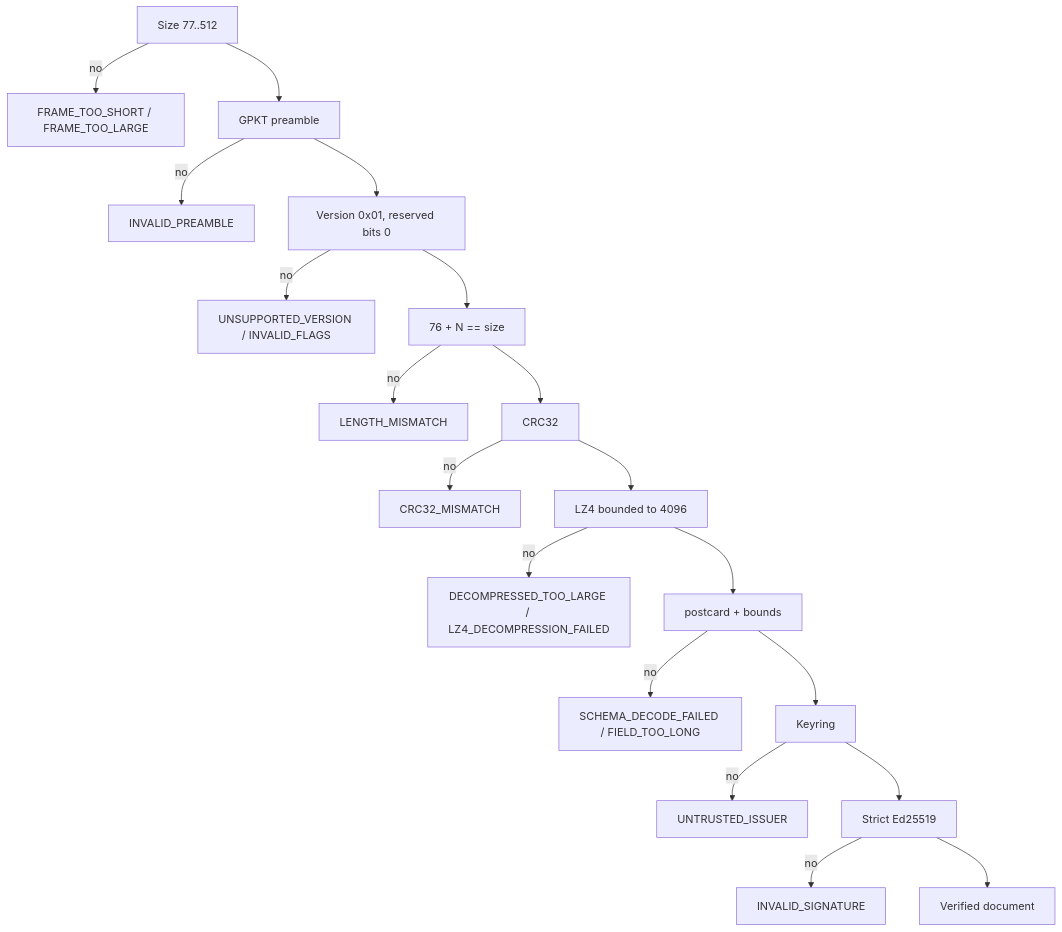
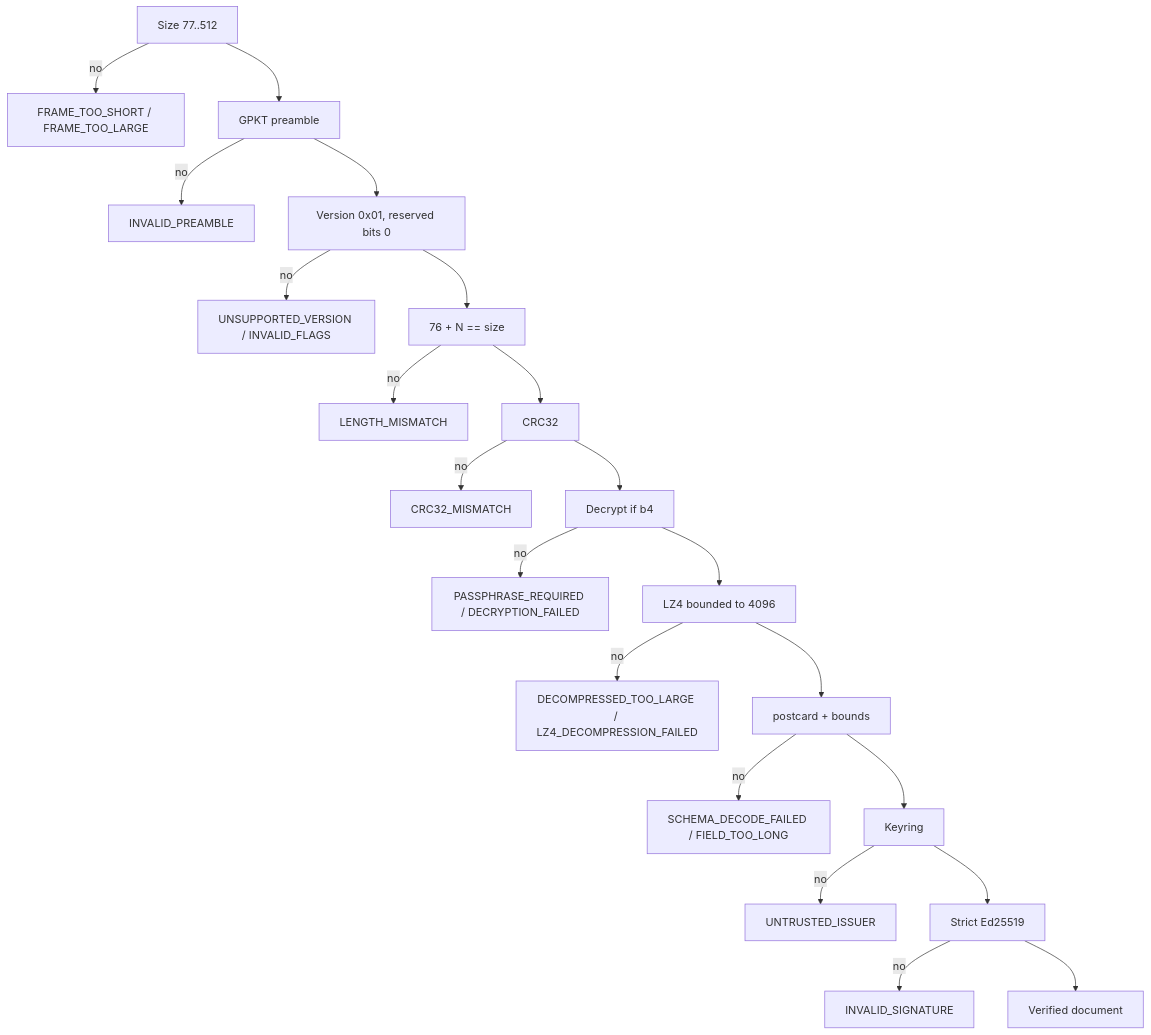
Before and after one commit to ArthurNsongan/GhostPacket: the diagram in .kiro/specs/binary-protocol/design.md, drawn with Mermaid. The commit also changed other lines of this file and 67 other files, not shown here.

````diff
--- a/.kiro/specs/binary-protocol/design.md
+++ b/.kiro/specs/binary-protocol/design.md
@@ -44,13 +47,14 @@
 ```mermaid
 flowchart TD
     A[Size 77..512] -->|no| E1[FRAME_TOO_SHORT / FRAME_TOO_LARGE]
     A --> B[GPKT preamble] -->|no| E2[INVALID_PREAMBLE]
     B --> C[Version 0x01, reserved bits 0] -->|no| E3[UNSUPPORTED_VERSION / INVALID_FLAGS]
     C --> D[76 + N == size] -->|no| E4[LENGTH_MISMATCH]
     D --> F[CRC32] -->|no| E5[CRC32_MISMATCH]
-    F --> G[LZ4 bounded to 4096] -->|no| E6[DECOMPRESSED_TOO_LARGE / LZ4_DECOMPRESSION_FAILED]
+    F --> X[Decrypt if b4] -->|no| EX[PASSPHRASE_REQUIRED / DECRYPTION_FAILED]
+    X --> G[LZ4 bounded to 4096] -->|no| E6[DECOMPRESSED_TOO_LARGE / LZ4_DECOMPRESSION_FAILED]
     G --> H[postcard + bounds] -->|no| E7[SCHEMA_DECODE_FAILED / FIELD_TOO_LONG]
     H --> I[Keyring] -->|no| E8[UNTRUSTED_ISSUER]
     I --> J[Strict Ed25519] -->|no| E9[INVALID_SIGNATURE]
     J --> OK[Verified document]
 ```
````
